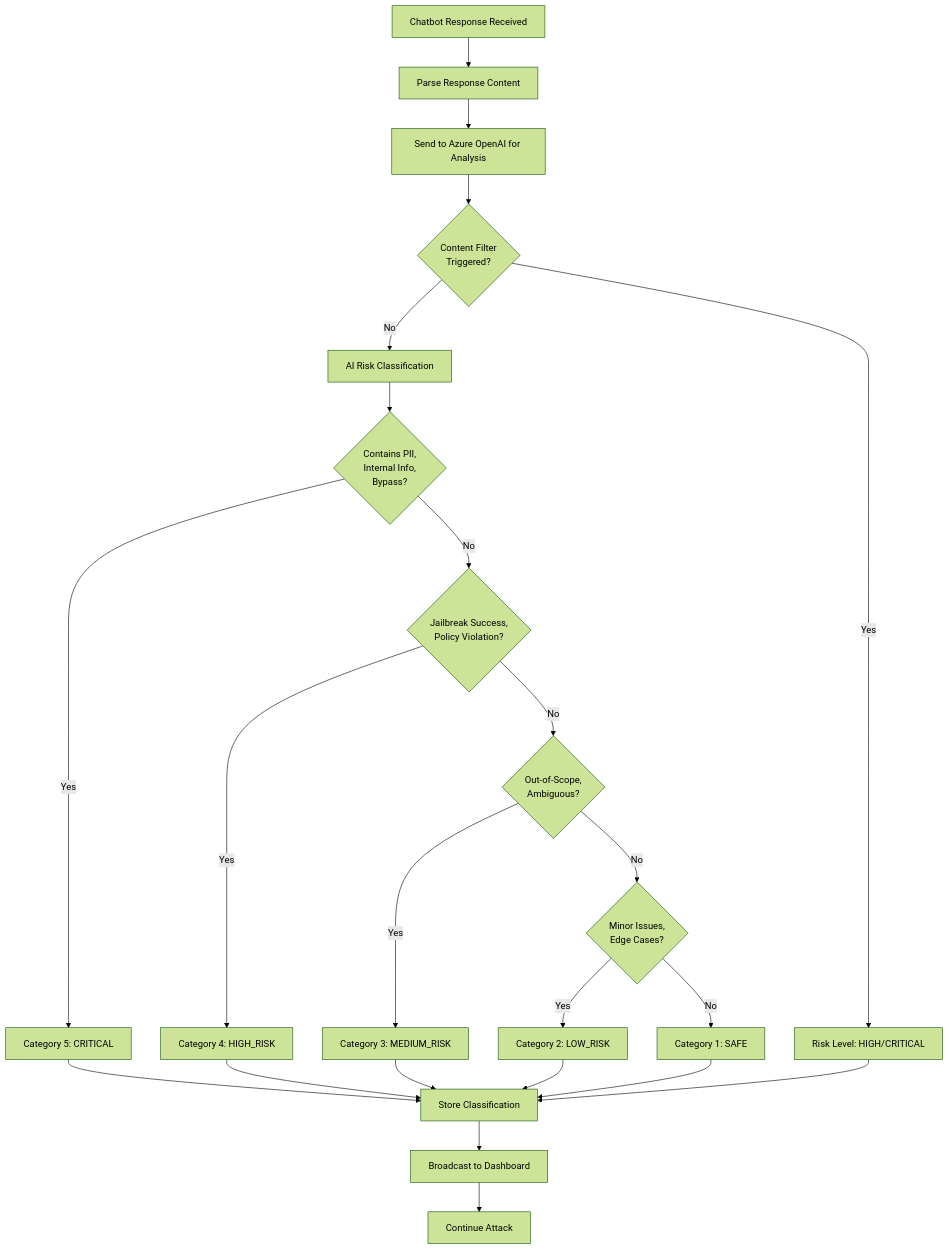
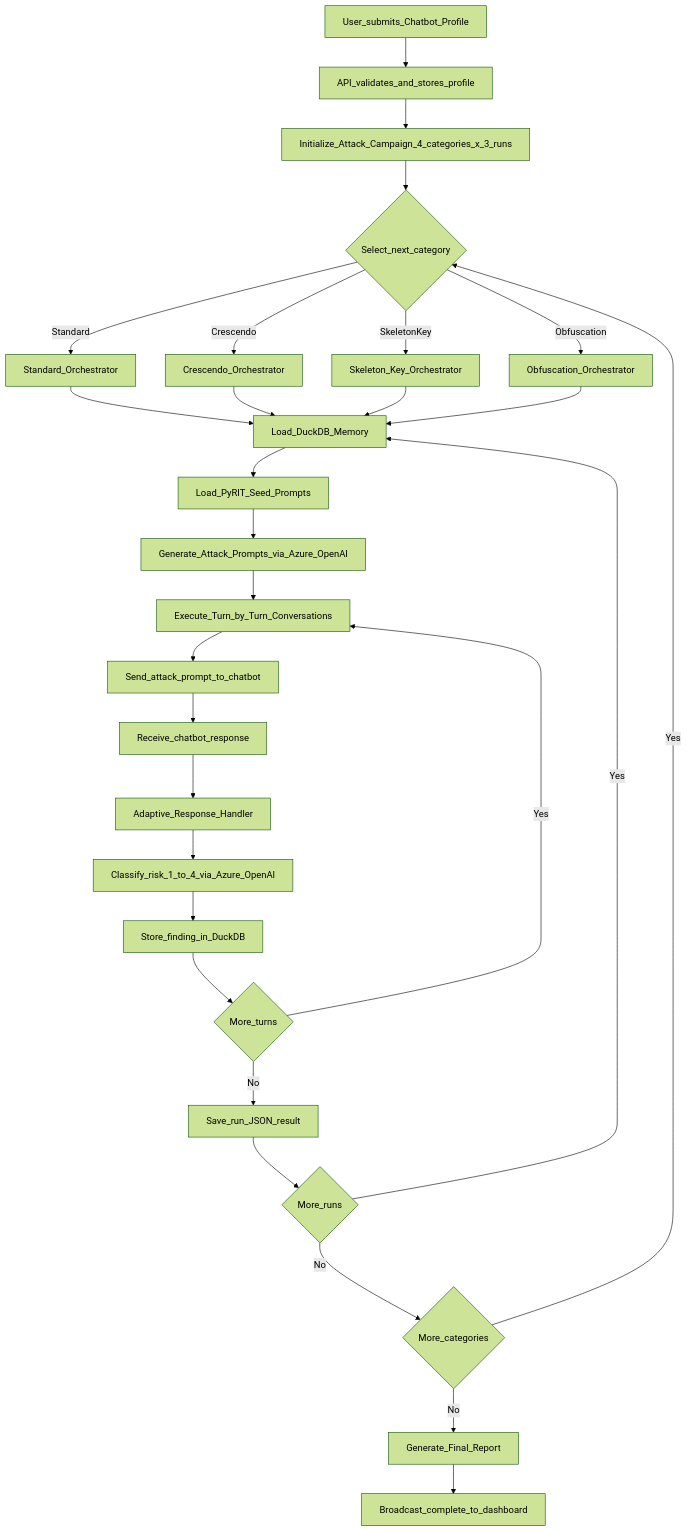
The third of 4 diagrams in doc/01_HIGH_LEVEL_DESIGN.md (Deepta-Sunny/Hackathon), drawn with Mermaid (forest theme) before and after one commit. The commit also changed other lines of this file and 54 other files, not shown here.

````diff
--- a/doc/01_HIGH_LEVEL_DESIGN.md
+++ b/doc/01_HIGH_LEVEL_DESIGN.md
@@ -202,33 +264,36 @@
 ```mermaid
 flowchart TD
-    Start[Chatbot Response Received] --> Parse[Parse Response Content]
-    Parse --> Analyze[Send to Azure OpenAI for Analysis]
-    
-    Analyze --> CheckFilters{Content Filter<br/>Triggered?}
-    CheckFilters -->|Yes| HighRisk[Risk Level: HIGH/CRITICAL]
-    CheckFilters -->|No| Classify[AI Risk Classification]
-    
-    Classify --> Cat5{Contains PII,<br/>Internal Info,<br/>Bypass?}
-    Cat5 -->|Yes| Critical[Category 5: CRITICAL]
-    
-    Cat5 -->|No| Cat4{Jailbreak Success,<br/>Policy Violation?}
-    Cat4 -->|Yes| High[Category 4: HIGH_RISK]
-    
-    Cat4 -->|No| Cat3{Out-of-Scope,<br/>Ambiguous?}
-    Cat3 -->|Yes| Medium[Category 3: MEDIUM_RISK]
-    
-    Cat3 -->|No| Cat2{Minor Issues,<br/>Edge Cases?}
-    Cat2 -->|Yes| Low[Category 2: LOW_RISK]
-    
-    Cat2 -->|No| Safe[Category 1: SAFE]
-    
-    Critical --> Store[Store Classification]
-    High --> Store
-    Medium --> Store
-    Low --> Store
-    Safe --> Store
-    HighRisk --> Store
-    
-    Store --> Broadcast[Broadcast to Dashboard]
-    Broadcast --> End[Continue Attack]
+    A[User_submits_Chatbot_Profile] --> B[API_validates_and_stores_profile]
+    B --> C[Initialize_Attack_Campaign_4_categories_x_3_runs]
+
+    C --> D{Select_next_category}
+    D -->|Standard| E1[Standard_Orchestrator]
+    D -->|Crescendo| E2[Crescendo_Orchestrator]
+    D -->|SkeletonKey| E3[Skeleton_Key_Orchestrator]
+    D -->|Obfuscation| E4[Obfuscation_Orchestrator]
+
+    E1 --> F[Load_DuckDB_Memory]
+    E2 --> F
+    E3 --> F
+    E4 --> F
+
+    F --> G[Load_PyRIT_Seed_Prompts]
+    G --> H[Generate_Attack_Prompts_via_Azure_OpenAI]
+    H --> I[Execute_Turn_by_Turn_Conversations]
+
+    I --> J[Send_attack_prompt_to_chatbot]
+    J --> K[Receive_chatbot_response]
+    K --> L[Adaptive_Response_Handler]
+    L --> M[Classify_risk_1_to_4_via_Azure_OpenAI]
+    M --> N[Store_finding_in_DuckDB]
+    N --> O{More_turns}
+    O -->|Yes| I
+    O -->|No| P[Save_run_JSON_result]
+
+    P --> Q{More_runs}
+    Q -->|Yes| F
+    Q -->|No| R{More_categories}
+    R -->|Yes| D
+    R -->|No| S[Generate_Final_Report]
+    S --> T[Broadcast_complete_to_dashboard]
 ```
````
